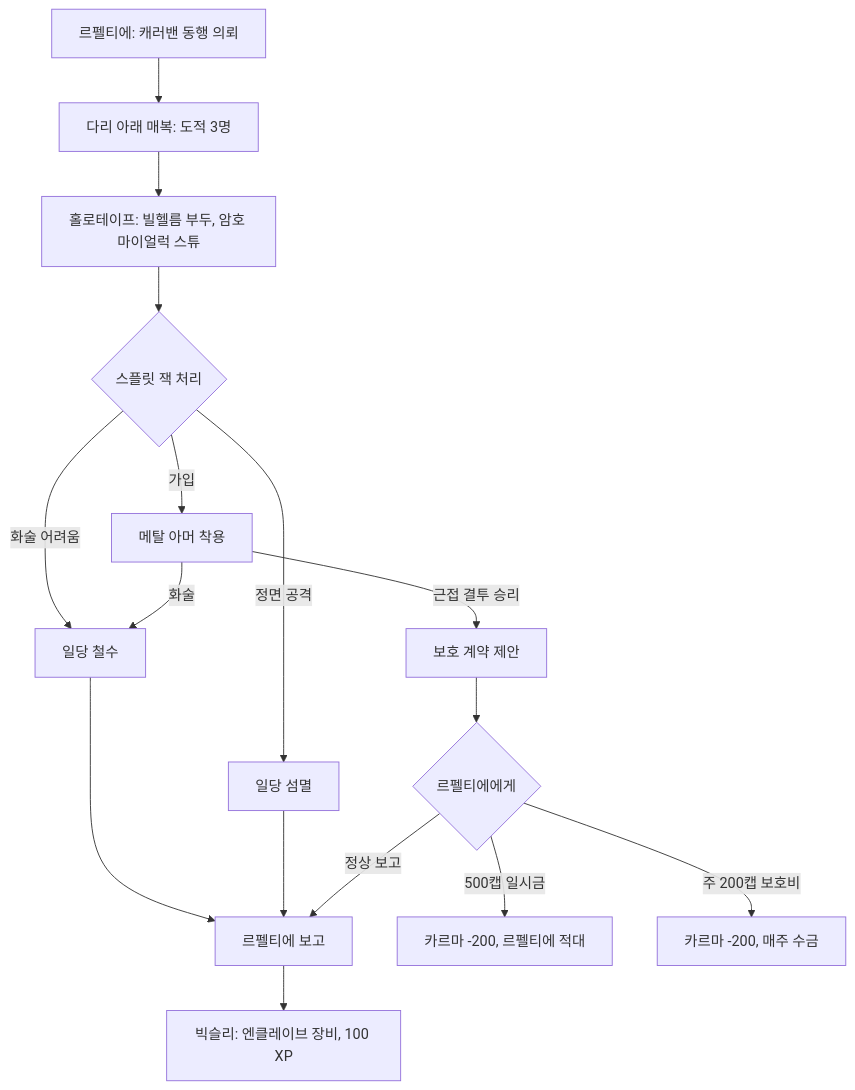
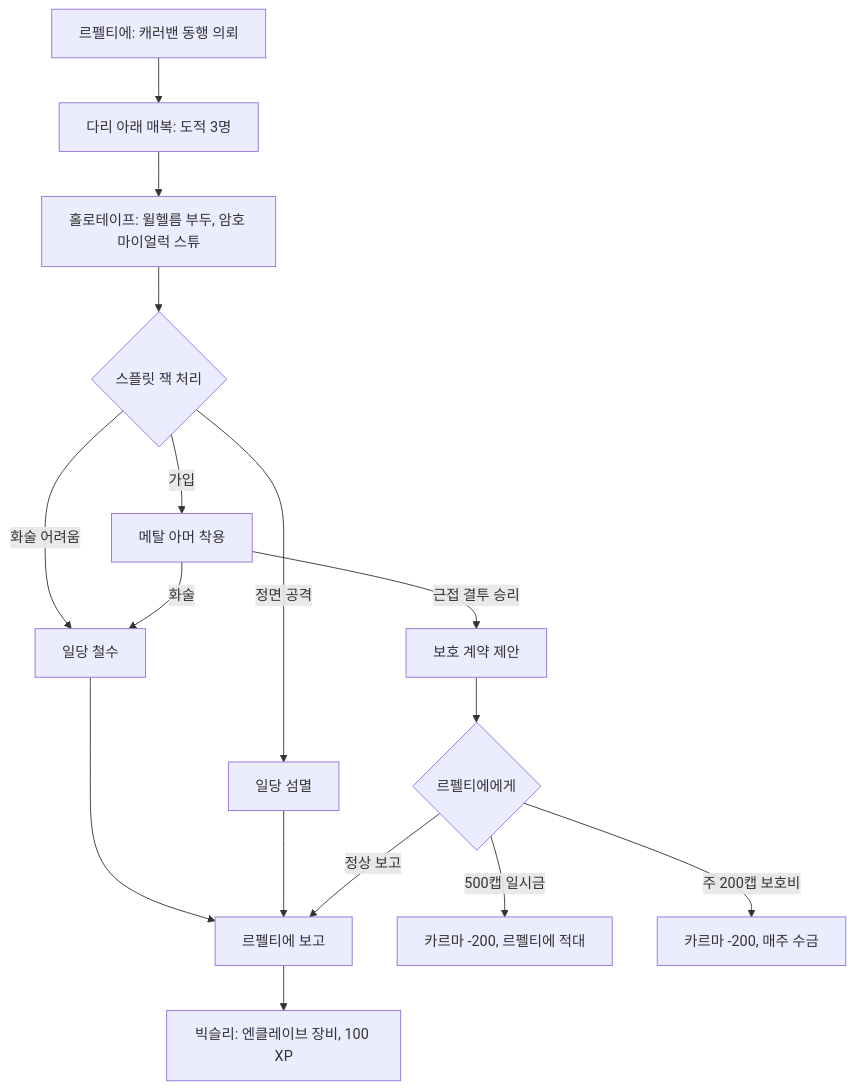
Before and after one commit to forsurvive/003: the sixth of 13 diagrams in docs/reverse-design/08c_dlc-broken-steel.md, drawn with Mermaid. The commit also changed other lines of this file and 27 other files, not shown here.

````diff
--- a/docs/reverse-design/08c_dlc-broken-steel.md
+++ b/docs/reverse-design/08c_dlc-broken-steel.md
@@ -630,18 +630,18 @@
 ```mermaid
 flowchart TD
     A["르펠티에: 캐러밴 동행 의뢰"] --> B["다리 아래 매복: 도적 3명"]
-    B --> C["홀로테이프: 빌헬름 부두, 암호 마이얼럭 스튜"]
+    B --> C["홀로테이프: 윌헬름 부두, 암호 마이얼럭 스튜"]
     C --> D{"스플릿 잭 처리"}
     D -->|"화술 어려움"| E["일당 철수"]
     D -->|"정면 공격"| F["일당 섬멸"]
     D -->|"가입"| G["메탈 아머 착용"]
     G -->|"화술"| E
     G -->|"근접 결투 승리"| H["보호 계약 제안"]
     E --> I["르펠티에 보고"]
     F --> I
     H --> J{"르펠티에에게"}
     J -->|"정상 보고"| I
     J -->|"500캡 일시금"| K["카르마 -200, 르펠티에 적대"]
     J -->|"주 200캡 보호비"| L["카르마 -200, 매주 수금"]
     I --> M["빅슬리: 엔클레이브 장비, 100 XP"]
 ```
````
